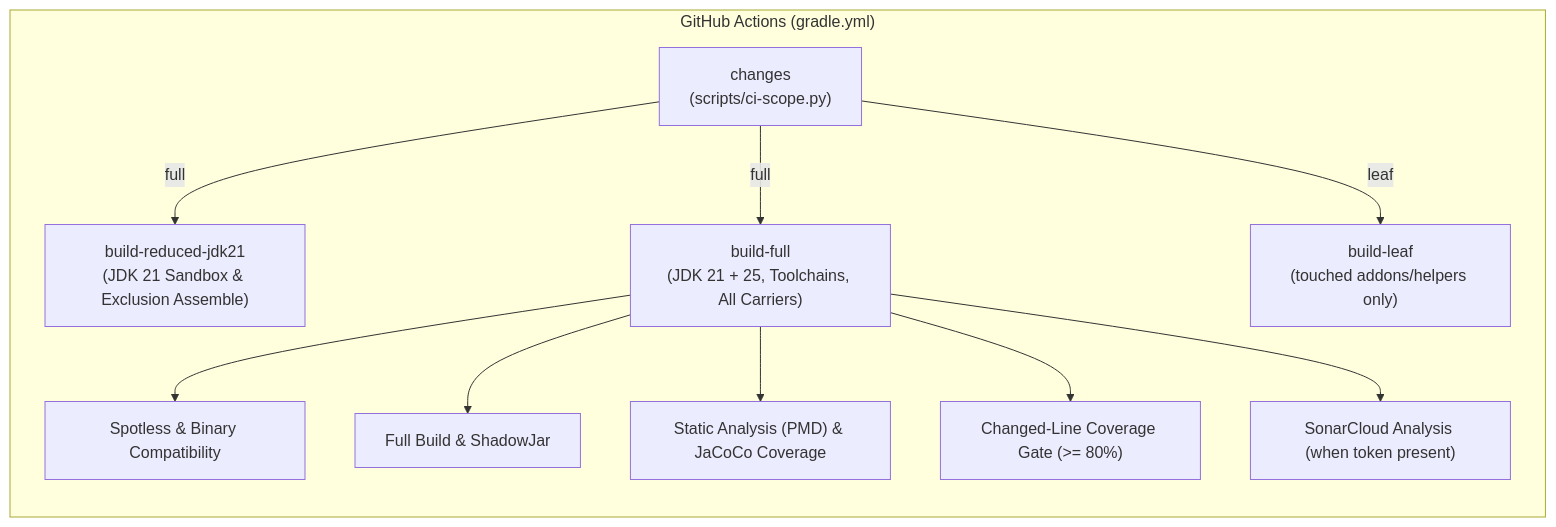
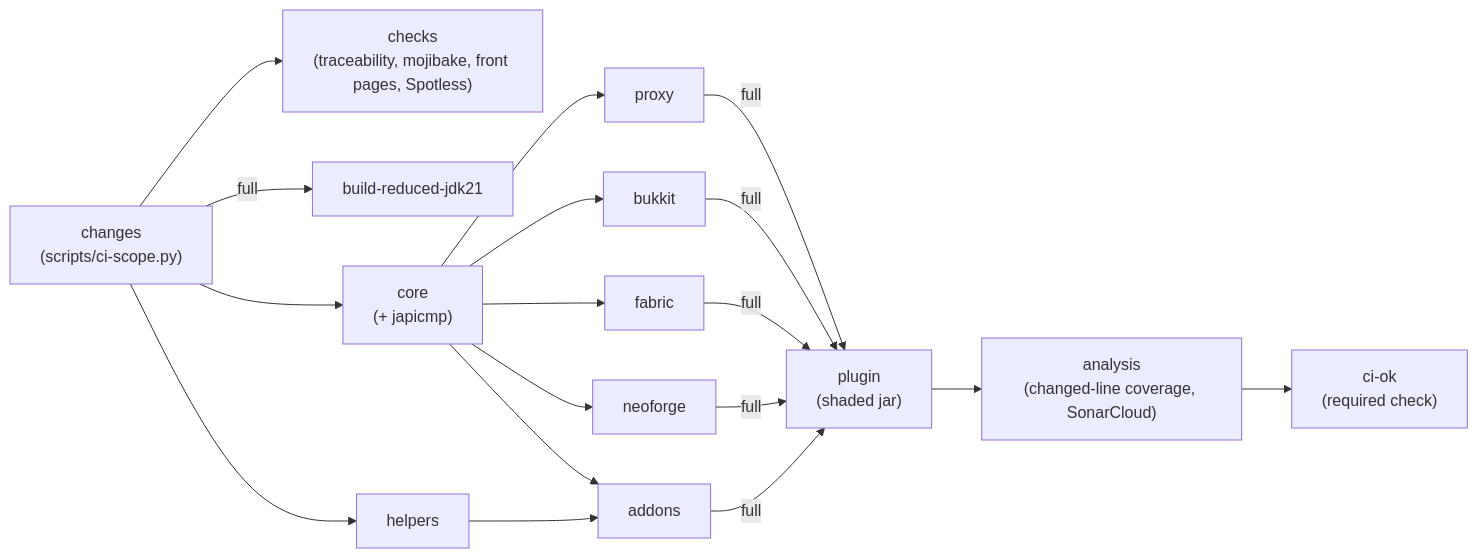
Before and after one commit to DailyStruggle/RTP: the second of 2 diagrams in docs/dev/PULL_REQUEST_PROCESS.md, drawn with Mermaid. The commit also changed other lines of this file and 88 other files, not shown here.

````diff
--- a/docs/dev/PULL_REQUEST_PROCESS.md
+++ b/docs/dev/PULL_REQUEST_PROCESS.md
@@ -192,17 +192,17 @@
 ```mermaid
 flowchart LR
-    subgraph CI["GitHub Actions (gradle.yml)"]
-        direction TB
-        S["changes\n(scripts/ci-scope.py)"]
-        S -->|full| A
-        S -->|full| B
-        S -->|leaf| L["build-leaf\n(touched addons/helpers only)"]
-        A["build-reduced-jdk21\n(JDK 21 Sandbox & Exclusion Assemble)"]
-        B["build-full\n(JDK 21 + 25, Toolchains, All Carriers)"]
-        B --> C["Spotless & Binary Compatibility"]
-        B --> D["Full Build & ShadowJar"]
-        B --> E["Static Analysis (PMD) & JaCoCo Coverage"]
-        B --> F["Changed-Line Coverage Gate (>= 80%)"]
-        B --> G["SonarCloud Analysis (when token present)"]
-    end
+    S["changes\n(scripts/ci-scope.py)"]
+    S --> K["checks\n(traceability, mojibake, front pages, Spotless)"]
+    S -->|full| R["build-reduced-jdk21"]
+    S --> CORE["core\n(+ japicmp)"]
+    S --> H["helpers"]
+    CORE --> PX["proxy"]
+    CORE --> BK["bukkit"]
+    CORE --> FB["fabric"]
+    CORE --> NF["neoforge"]
+    CORE --> AD["addons"]
+    H --> AD
+    PX & BK & FB & NF & AD -->|full| PL["plugin\n(shaded jar)"]
+    PL --> AN["analysis\n(changed-line coverage, SonarCloud)"]
+    AN --> OK["ci-ok\n(required check)"]
 ```
````
